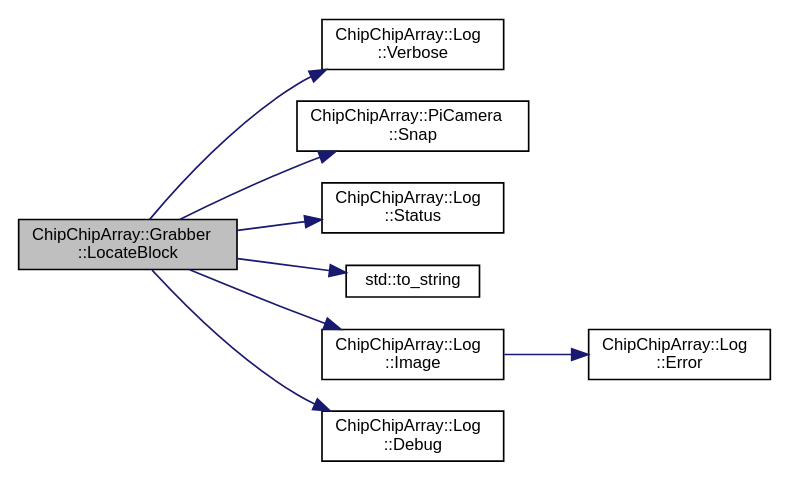
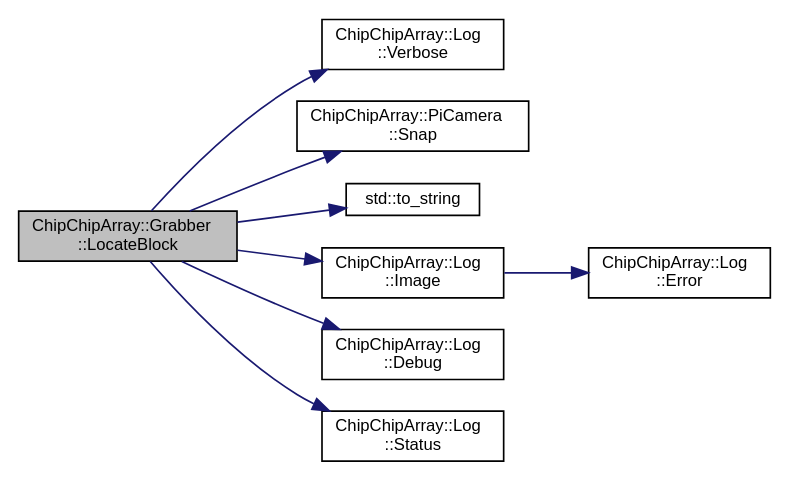
The diagram in doc/rtf/classChipChipArray_1_1Grabber_a86bc18ecf71c7ff4e324df0467af124a_cgraph.dot (sawbg/chip-chip-array), drawn with Graphviz before and after one commit. The commit also changed 236 other files, not shown here.

```diff
--- a/doc/rtf/classChipChipArray_1_1Grabber_a86bc18ecf71c7ff4e324df0467af124a_cgraph.dot
+++ b/doc/rtf/classChipChipArray_1_1Grabber_a86bc18ecf71c7ff4e324df0467af124a_cgraph.dot
@@ -1,21 +1,21 @@
 digraph "ChipChipArray::Grabber::LocateBlock"
 {
   edge [fontname="Helvetica",fontsize="10",labelfontname="Helvetica",labelfontsize="10"];
   node [fontname="Helvetica",fontsize="10",shape=record];
   rankdir="LR";
   Node1 [label="ChipChipArray::Grabber\l::LocateBlock",height=0.2,width=0.4,color="black", fillcolor="grey75", style="filled", fontcolor="black"];
   Node1 -> Node2 [color="midnightblue",fontsize="10",style="solid",fontname="Helvetica"];
   Node2 [label="ChipChipArray::Log\l::Verbose",height=0.2,width=0.4,color="black", fillcolor="white", style="filled",URL="$classChipChipArray_1_1Log.html#a154a5f38d9c7a767693b242684a3d4d9"];
   Node1 -> Node3 [color="midnightblue",fontsize="10",style="solid",fontname="Helvetica"];
   Node3 [label="ChipChipArray::PiCamera\l::Snap",height=0.2,width=0.4,color="black", fillcolor="white", style="filled",URL="$classChipChipArray_1_1PiCamera.html#a58fb0de02570dce9a9cb60a1a04fb84f"];
   Node1 -> Node4 [color="midnightblue",fontsize="10",style="solid",fontname="Helvetica"];
-  Node4 [label="ChipChipArray::Log\l::Status",height=0.2,width=0.4,color="black", fillcolor="white", style="filled",URL="$classChipChipArray_1_1Log.html#a66575b6e94c6112e4cefa5736cb996e0"];
+  Node4 [label="std::to_string",height=0.2,width=0.4,color="black", fillcolor="white", style="filled",URL="$namespacestd.html#aa5ddf582a1c96ffe258c997be9a294a3"];
   Node1 -> Node5 [color="midnightblue",fontsize="10",style="solid",fontname="Helvetica"];
-  Node5 [label="std::to_string",height=0.2,width=0.4,color="black", fillcolor="white", style="filled",URL="$namespacestd.html#aa5ddf582a1c96ffe258c997be9a294a3"];
-  Node1 -> Node6 [color="midnightblue",fontsize="10",style="solid",fontname="Helvetica"];
-  Node6 [label="ChipChipArray::Log\l::Image",height=0.2,width=0.4,color="black", fillcolor="white", style="filled",URL="$classChipChipArray_1_1Log.html#a65bbab057c8b1453f9e4efcfee7522c4"];
-  Node6 -> Node7 [color="midnightblue",fontsize="10",style="solid",fontname="Helvetica"];
-  Node7 [label="ChipChipArray::Log\l::Error",height=0.2,width=0.4,color="black", fillcolor="white", style="filled",URL="$classChipChipArray_1_1Log.html#aba7b7b0555f49f4dcf15f4b9fd3e6b34"];
+  Node5 [label="ChipChipArray::Log\l::Image",height=0.2,width=0.4,color="black", fillcolor="white", style="filled",URL="$classChipChipArray_1_1Log.html#a65bbab057c8b1453f9e4efcfee7522c4"];
+  Node5 -> Node6 [color="midnightblue",fontsize="10",style="solid",fontname="Helvetica"];
+  Node6 [label="ChipChipArray::Log\l::Error",height=0.2,width=0.4,color="black", fillcolor="white", style="filled",URL="$classChipChipArray_1_1Log.html#aba7b7b0555f49f4dcf15f4b9fd3e6b34"];
+  Node1 -> Node7 [color="midnightblue",fontsize="10",style="solid",fontname="Helvetica"];
+  Node7 [label="ChipChipArray::Log\l::Debug",height=0.2,width=0.4,color="black", fillcolor="white", style="filled",URL="$classChipChipArray_1_1Log.html#ac32b435af1577e4ebc67af2bdfea8eff"];
   Node1 -> Node8 [color="midnightblue",fontsize="10",style="solid",fontname="Helvetica"];
-  Node8 [label="ChipChipArray::Log\l::Debug",height=0.2,width=0.4,color="black", fillcolor="white", style="filled",URL="$classChipChipArray_1_1Log.html#ac32b435af1577e4ebc67af2bdfea8eff"];
+  Node8 [label="ChipChipArray::Log\l::Status",height=0.2,width=0.4,color="black", fillcolor="white", style="filled",URL="$classChipChipArray_1_1Log.html#a66575b6e94c6112e4cefa5736cb996e0"];
 }
```
